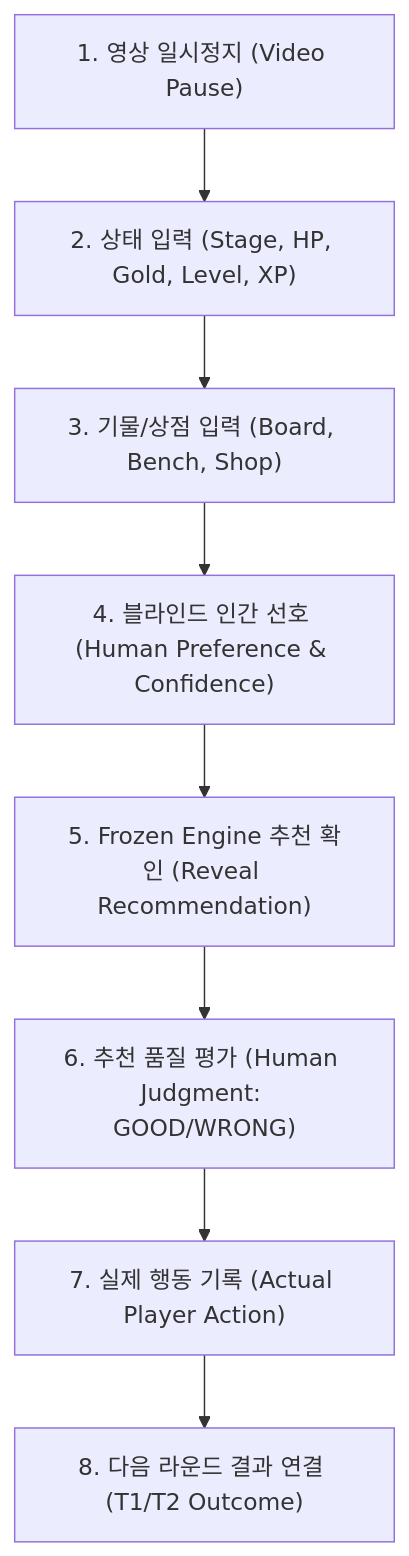
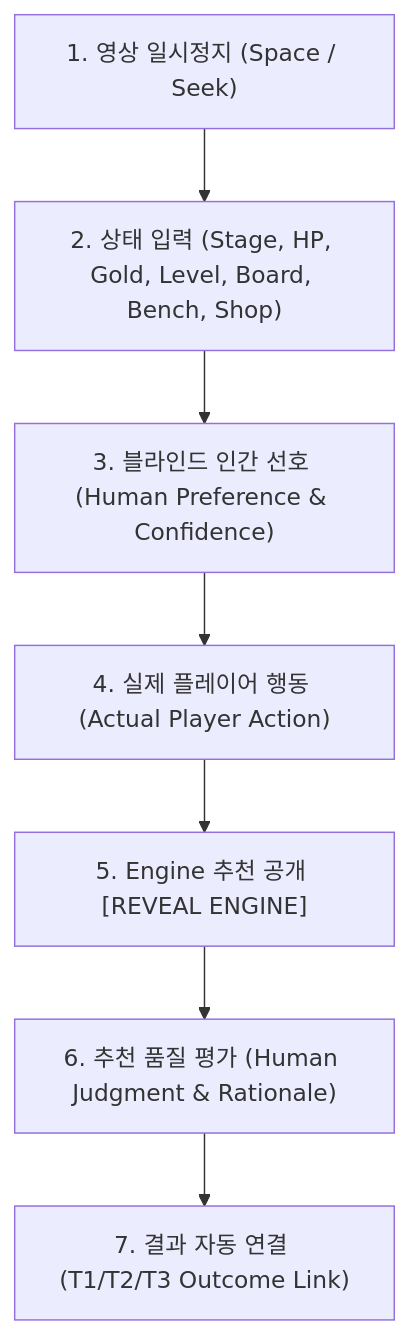
The diagram in DECISION_GUIDE_DATA_COLLECTION.md (Everythingbeginsfromasinglespeckofdust/tft-set17), drawn with Mermaid before and after one commit. The commit also changed other lines of this file and 43 other files, not shown here.

````diff
--- a/DECISION_GUIDE_DATA_COLLECTION.md
+++ b/DECISION_GUIDE_DATA_COLLECTION.md
@@ -17,10 +31,9 @@
 ```mermaid
 graph TD
-    A["1. 영상 일시정지 (Video Pause)"] --> B["2. 상태 입력 (Stage, HP, Gold, Level, XP)"]
-    B --> C["3. 기물/상점 입력 (Board, Bench, Shop)"]
-    C --> D["4. 블라인드 인간 선호 (Human Preference & Confidence)"]
-    D --> E["5. Frozen Engine 추천 확인 (Reveal Recommendation)"]
-    E --> F["6. 추천 품질 평가 (Human Judgment: GOOD/WRONG)"]
-    F --> G["7. 실제 행동 기록 (Actual Player Action)"]
-    G --> H["8. 다음 라운드 결과 연결 (T1/T2 Outcome)"]
+    A["1. 영상 일시정지 (Space / Seek)"] --> B["2. 상태 입력 (Stage, HP, Gold, Level, Board, Bench, Shop)"]
+    B --> C["3. 블라인드 인간 선호 (Human Preference & Confidence)"]
+    C --> D["4. 실제 플레이어 행동 (Actual Player Action)"]
+    D --> E["5. Engine 추천 공개 [REVEAL ENGINE]"]
+    E --> F["6. 추천 품질 평가 (Human Judgment & Rationale)"]
+    F --> G["7. 결과 자동 연결 (T1/T2/T3 Outcome Link)"]
 ```
````
